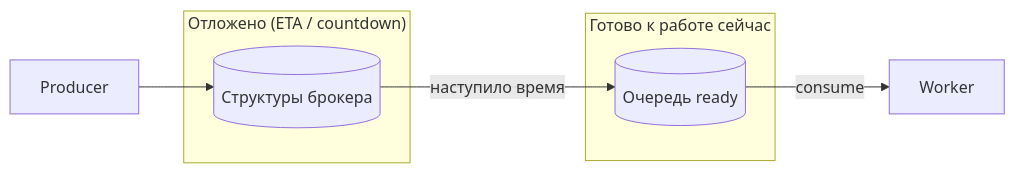
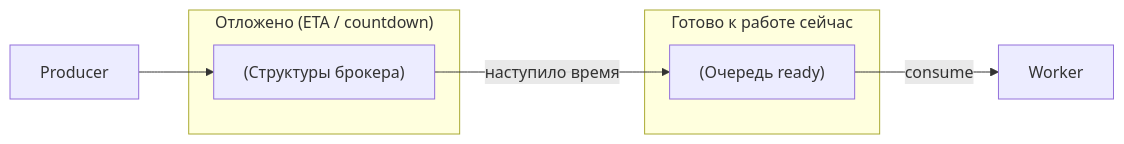
One commit to DDoSKudya/ai-study-atlas changed the fourth of 4 diagrams in directions/services/celery/pact/16_proizvoditelnost_throughput_i_masshtabirovanie/13_16_16_4_nastroyki_vliyayushchie_na_proizvoditelnost.md. Above: the diagram before and after it, drawn with Mermaid. The commit also changed other lines of this file and 322 other files, not shown here.

Commit message:
fix(docs): make mermaid diagrams GitHub-compatible across directions content

````diff
--- a/directions/services/celery/pact/16_proizvoditelnost_throughput_i_masshtabirovanie/13_16_16_4_nastroyki_vliyayushchie_na_proizvoditelnost.md
+++ b/directions/services/celery/pact/16_proizvoditelnost_throughput_i_masshtabirovanie/13_16_16_4_nastroyki_vliyayushchie_na_proizvoditelnost.md
@@ -120,12 +120,12 @@
 ```mermaid
 flowchart LR
   subgraph now["Готово к работе сейчас"]
-    Q1[(Очередь ready)]
+    Q1["(Очередь ready)"]
   end
   subgraph later["Отложено (ETA / countdown)"]
-    Q2[(Структуры брокера)]
+    Q2["(Структуры брокера)"]
   end
-  P[Producer] --> Q2
+  P["Producer"] --> Q2
   Q2 -->|наступило время| Q1
-  Q1 -->|consume| W[Worker]
+  Q1 -->|consume| W["Worker"]
 ```
````
